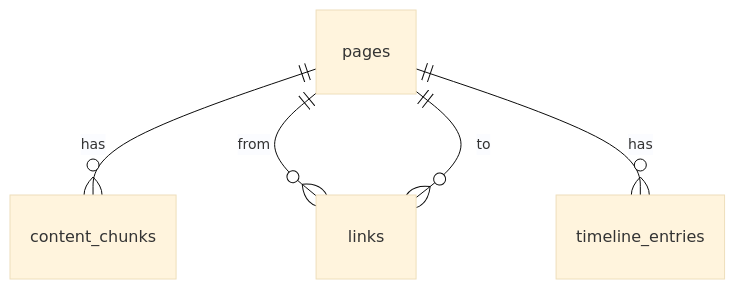
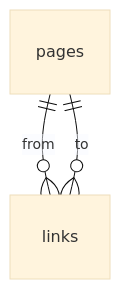
One commit to pty819/gbrain-book changed the second of 9 diagrams in memory-model.md. Above: the diagram before and after it, drawn with Mermaid (base theme). The commit also changed other lines of this file, not shown here.

First line of the commit message:
fix: correct mermaid blocks in memory-model.md

````diff
--- a/memory-model.md
+++ b/memory-model.md
@@ -28,7 +206,5 @@
 ```{mermaid}
 erDiagram
-    pages ||--o{ content_chunks : "has"
     pages ||--o{ links : "from"
     pages ||--o{ links : "to"
-    pages ||--o{ timeline_entries : "has"
 ```
````
